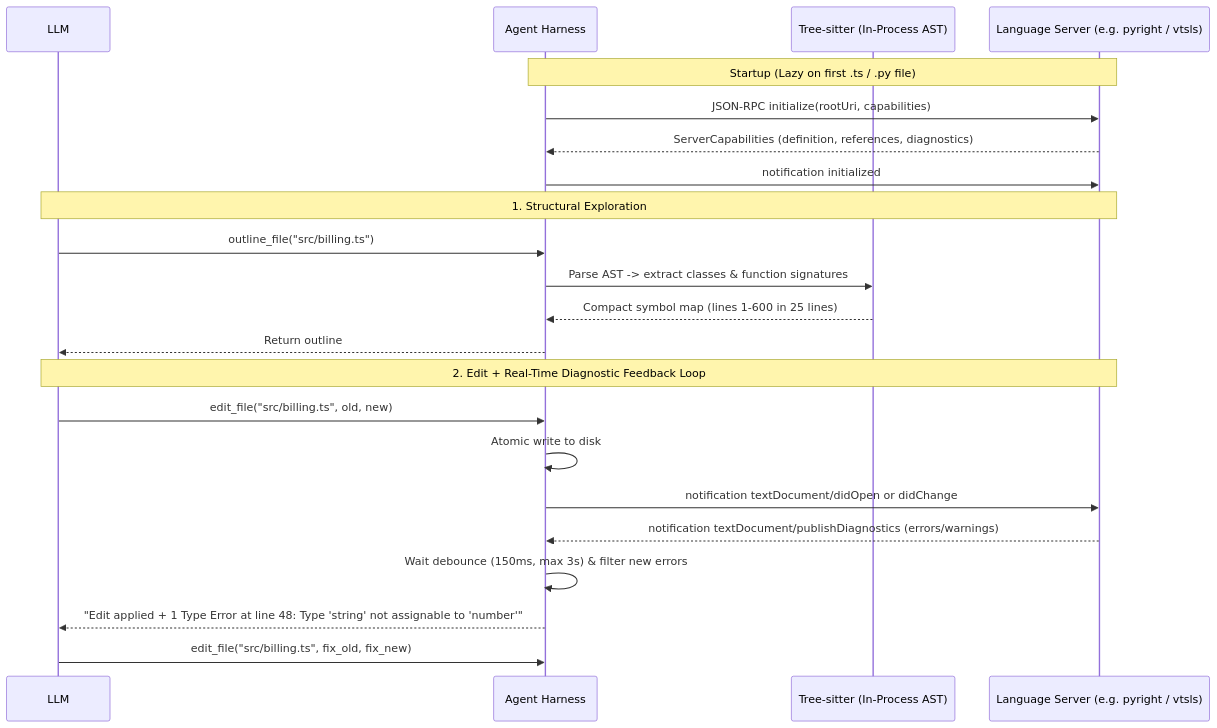
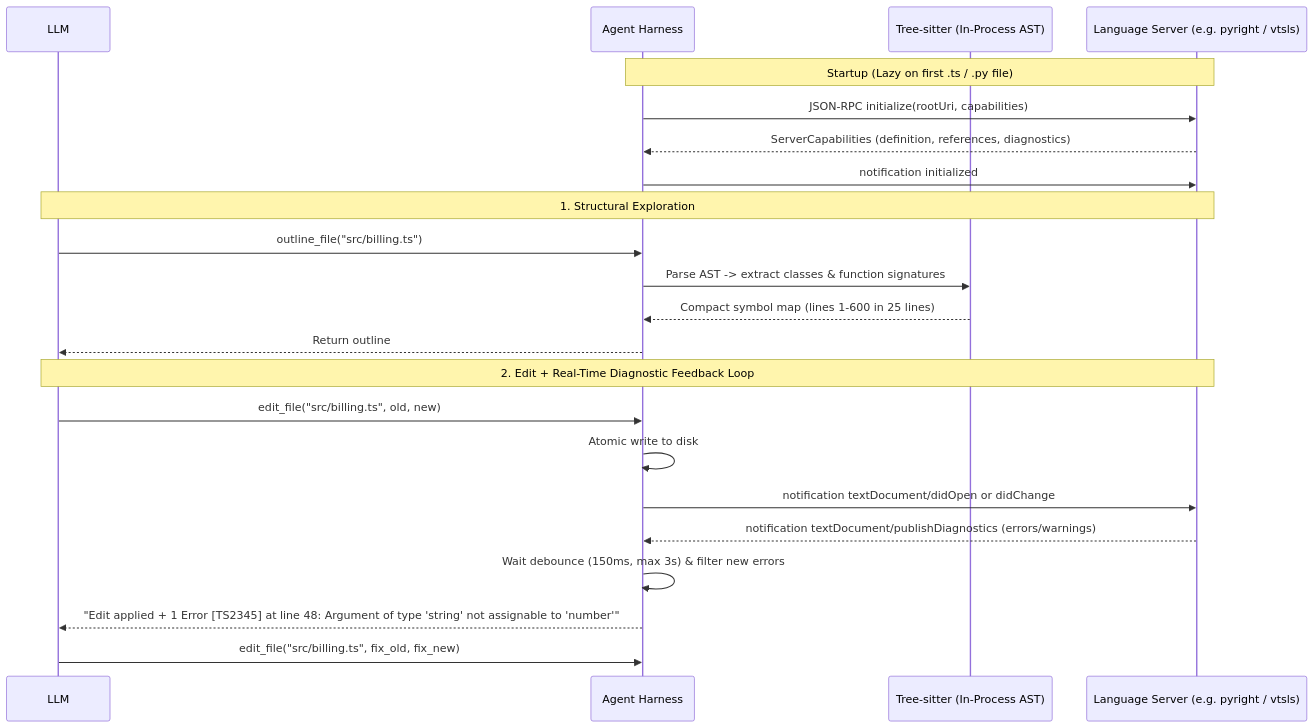
Before and after one commit to AjitKP91/harness-engineering: the diagram in harness-engineering-study-guide/03-tools-and-workspace-interaction/16-ast-and-language-server-protocol-lsp-integration.md, drawn with Mermaid. The commit also changed 19 other files, not shown here.

````diff
--- a/harness-engineering-study-guide/03-tools-and-workspace-interaction/16-ast-and-language-server-protocol-lsp-integration.md
+++ b/harness-engineering-study-guide/03-tools-and-workspace-interaction/16-ast-and-language-server-protocol-lsp-integration.md
@@ -45,27 +45,27 @@
 ```mermaid
 sequenceDiagram
     participant LLM as LLM
     participant Harness as Agent Harness
     participant TS as Tree-sitter (In-Process AST)
     participant LSP as Language Server (e.g. pyright / vtsls)
 
     Note over Harness,LSP: Startup (Lazy on first .ts / .py file)
     Harness->>LSP: JSON-RPC initialize(rootUri, capabilities)
     LSP-->>Harness: ServerCapabilities (definition, references, diagnostics)
     Harness->>LSP: notification initialized
 
     Note over LLM,LSP: 1. Structural Exploration
     LLM->>Harness: outline_file("src/billing.ts")
     Harness->>TS: Parse AST -> extract classes & function signatures
     TS-->>Harness: Compact symbol map (lines 1-600 in 25 lines)
     Harness-->>LLM: Return outline
 
     Note over LLM,LSP: 2. Edit + Real-Time Diagnostic Feedback Loop
     LLM->>Harness: edit_file("src/billing.ts", old, new)
     Harness->>Harness: Atomic write to disk
     Harness->>LSP: notification textDocument/didOpen or didChange
     LSP-->>Harness: notification textDocument/publishDiagnostics (errors/warnings)
     Harness->>Harness: Wait debounce (150ms, max 3s) & filter new errors
-    Harness-->>LLM: "Edit applied + 1 Type Error at line 48: Type 'string' not assignable to 'number'"
+    Harness-->>LLM: "Edit applied + 1 Error [TS2345] at line 48: Argument of type 'string' not assignable to 'number'"
     LLM->>Harness: edit_file("src/billing.ts", fix_old, fix_new)
 ```
````
